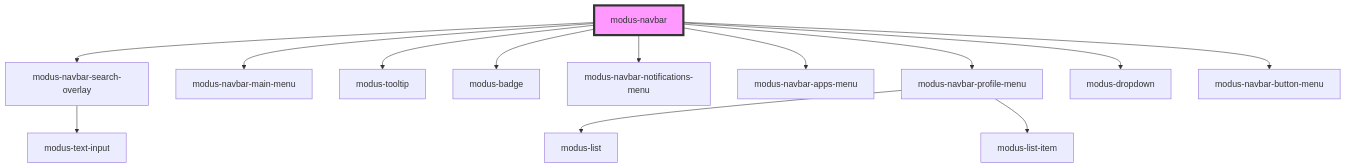
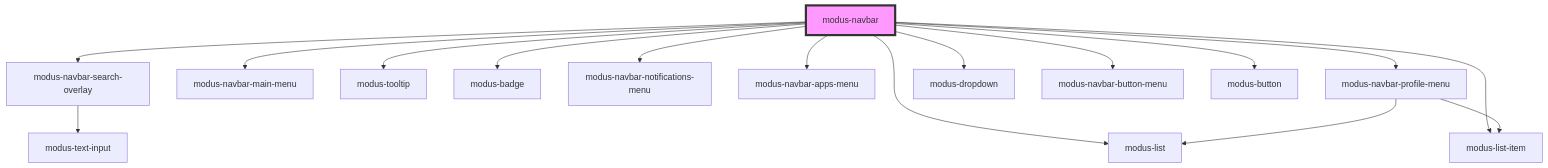
Before and after one commit to trimble-oss/modus-web-components: the diagram in stencil-workspace/src/components/modus-navbar/readme.md, drawn with Mermaid. The commit also changed other lines of this file and 18 other files, not shown here.

````diff
--- a/stencil-workspace/src/components/modus-navbar/readme.md
+++ b/stencil-workspace/src/components/modus-navbar/readme.md
@@ -88,16 +93,19 @@
 ```mermaid
 graph TD;
   modus-navbar --> modus-navbar-search-overlay
   modus-navbar --> modus-navbar-main-menu
   modus-navbar --> modus-tooltip
   modus-navbar --> modus-badge
   modus-navbar --> modus-navbar-notifications-menu
   modus-navbar --> modus-navbar-apps-menu
   modus-navbar --> modus-navbar-profile-menu
   modus-navbar --> modus-dropdown
   modus-navbar --> modus-navbar-button-menu
+  modus-navbar --> modus-button
+  modus-navbar --> modus-list
+  modus-navbar --> modus-list-item
   modus-navbar-search-overlay --> modus-text-input
   modus-navbar-profile-menu --> modus-list
   modus-navbar-profile-menu --> modus-list-item
   style modus-navbar fill:#f9f,stroke:#333,stroke-width:4px
 ```
````
